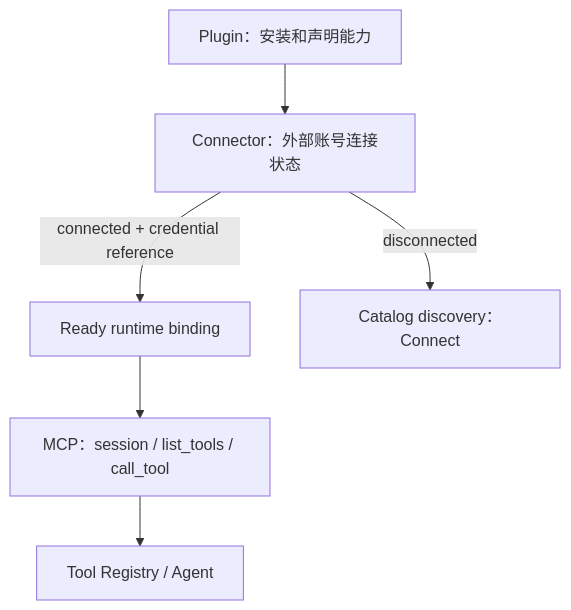
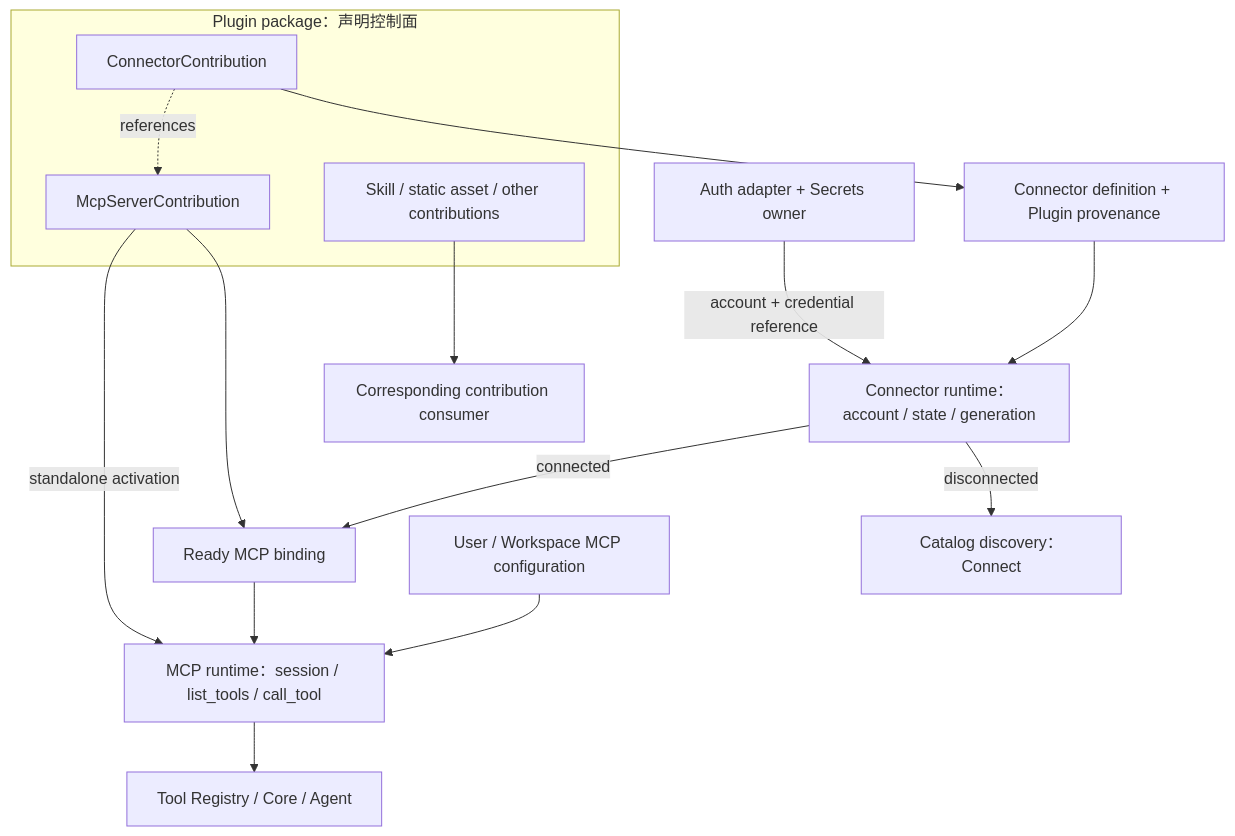
The first of 2 diagrams in docs/connectors.md (chogng/zeta), drawn with Mermaid before and after one commit. The commit also changed other lines of this file and 59 other files, not shown here.

Commit message:
feat: modernize workspace and runtime architecture

````diff
--- a/docs/connectors.md
+++ b/docs/connectors.md
@@ -30,8 +40,21 @@
 ```mermaid
 flowchart TD
-    P["Plugin：安装和声明能力"] --> C["Connector：外部账号连接状态"]
-    C -->|"connected + credential reference"| B["Ready runtime binding"]
-    B --> M["MCP：session / list_tools / call_tool"]
-    M --> T["Tool Registry / Agent"]
+    subgraph P["Plugin package：声明控制面"]
+        PC["ConnectorContribution"]
+        PM["McpServerContribution"]
+        PO["Skill / static asset / other contributions"]
+    end
+
+    PC -. "references" .-> PM
+    PC --> CP["Connector definition + Plugin provenance"]
+    CP --> C["Connector runtime：account / state / generation"]
+    A["Auth adapter + Secrets owner"] -->|"account + credential reference"| C
+    C -->|"connected"| B["Ready MCP binding"]
     C -->|"disconnected"| D["Catalog discovery：Connect"]
+    PM -->|"standalone activation"| M["MCP runtime：session / list_tools / call_tool"]
+    PM --> B
+    U["User / Workspace MCP configuration"] --> M
+    B --> M
+    M --> T["Tool Registry / Core / Agent"]
+    PO --> O["Corresponding contribution consumer"]
 ```
````
